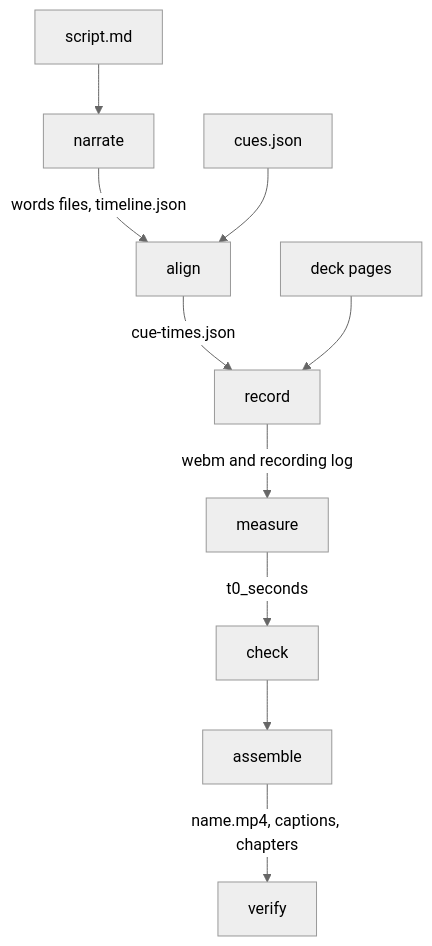
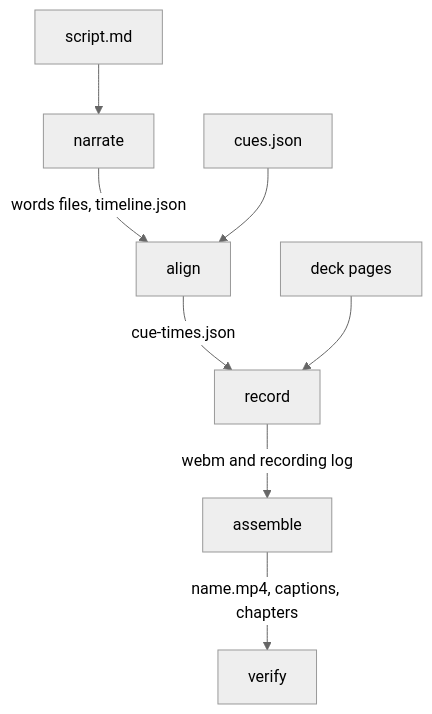
The diagram in docs/concepts/how-it-works.mdx (jacobcbeaudin/decktalk), drawn with Mermaid (neutral theme) before and after one commit. The commit also changed other lines of this file and 50 other files, not shown here.

````diff
--- a/docs/concepts/how-it-works.mdx
+++ b/docs/concepts/how-it-works.mdx
@@ -30,12 +30,10 @@
 ```mermaid
 flowchart TB
   S["script.md"] --> narrate
   narrate -- "words files, timeline.json" --> align
   C["cues.json"] --> align
   align -- "cue-times.json" --> record
   P["deck pages"] --> record
-  record -- "webm and recording log" --> measure
-  measure -- "t0_seconds" --> check
-  check --> assemble
+  record -- "webm and recording log" --> assemble
   assemble -- "name.mp4, captions, chapters" --> verify
 ```
````
